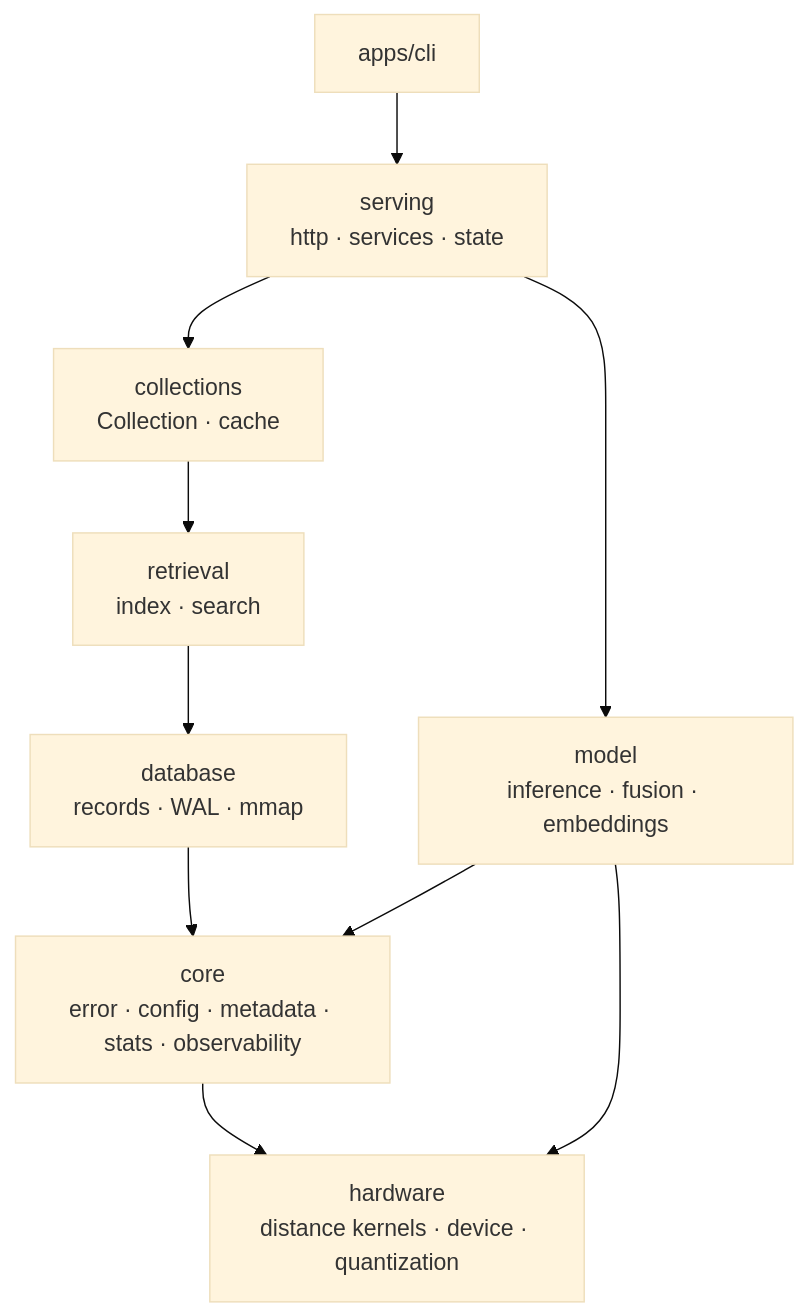
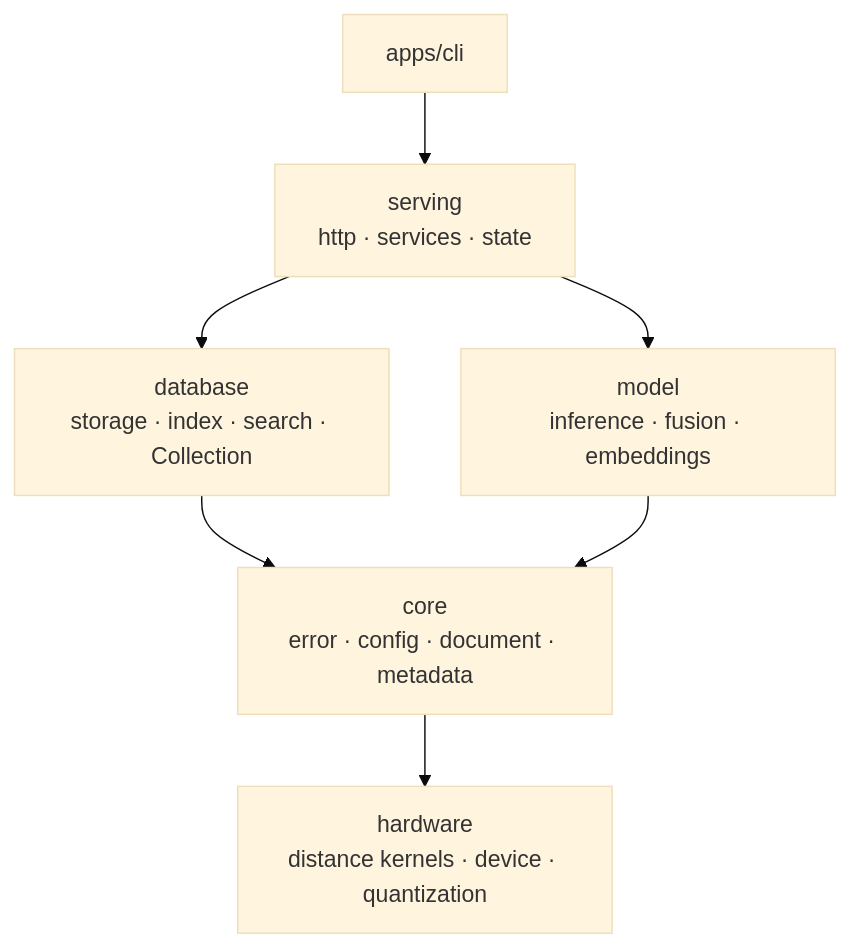
Before and after one commit to ashworks1706/Piramid: the diagram in README.md, drawn with Mermaid (base theme). The commit also changed other lines of this file and 100 other files, not shown here.

First line of the commit message:
Fold retrieval and collections into database, and delete the architecture blogs

````diff
--- a/README.md
+++ b/README.md
@@ -35,21 +35,16 @@
 ```mermaid
 flowchart TD
     CLI[apps/cli]
     Serving[serving<br/>http · services · state]
     Model[model<br/>inference · fusion · embeddings]
-    Collections[collections<br/>Collection · cache]
-    Retrieval[retrieval<br/>index · search]
-    Database[database<br/>records · WAL · mmap]
-    Core[core<br/>error · config · metadata · stats · observability]
+    Database[database<br/>storage · index · search · Collection]
+    Core[core<br/>error · config · document · metadata]
     Hardware[hardware<br/>distance kernels · device · quantization]
 
     CLI --> Serving
-    Serving --> Collections
+    Serving --> Database
     Serving --> Model
-    Collections --> Retrieval
-    Retrieval --> Database
     Database --> Core
+    Model --> Core
     Core --> Hardware
-    Model --> Hardware
-    Model --> Core
 ```
````
